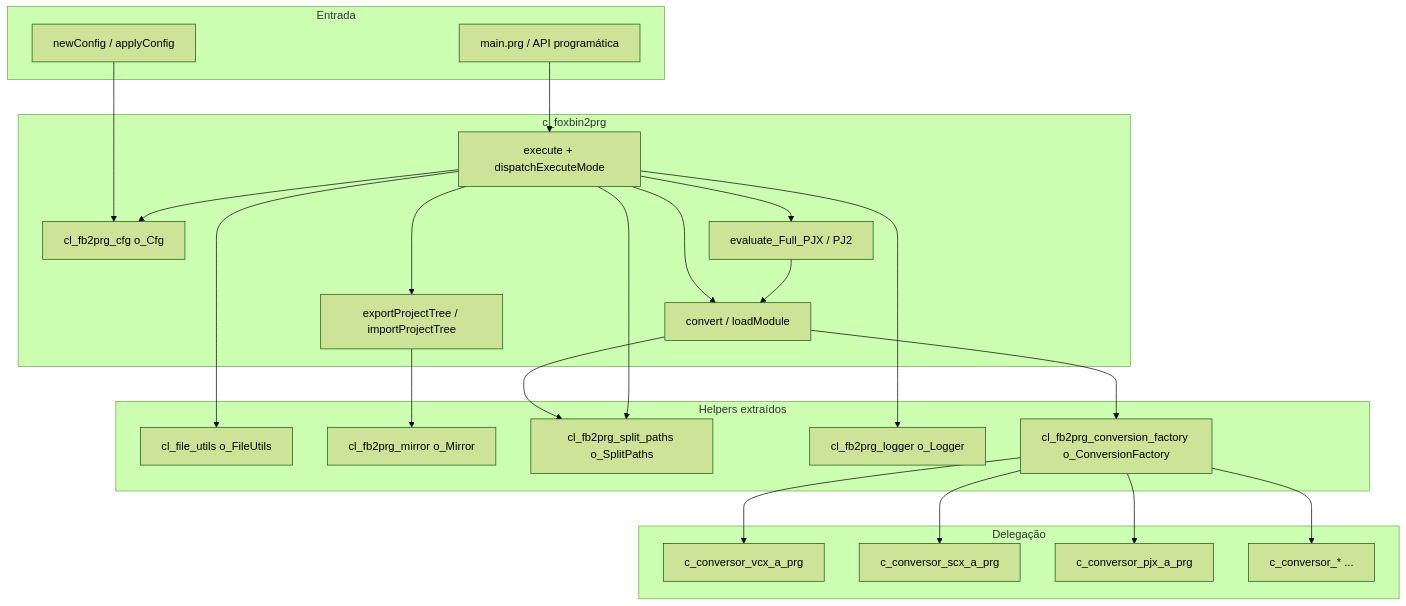
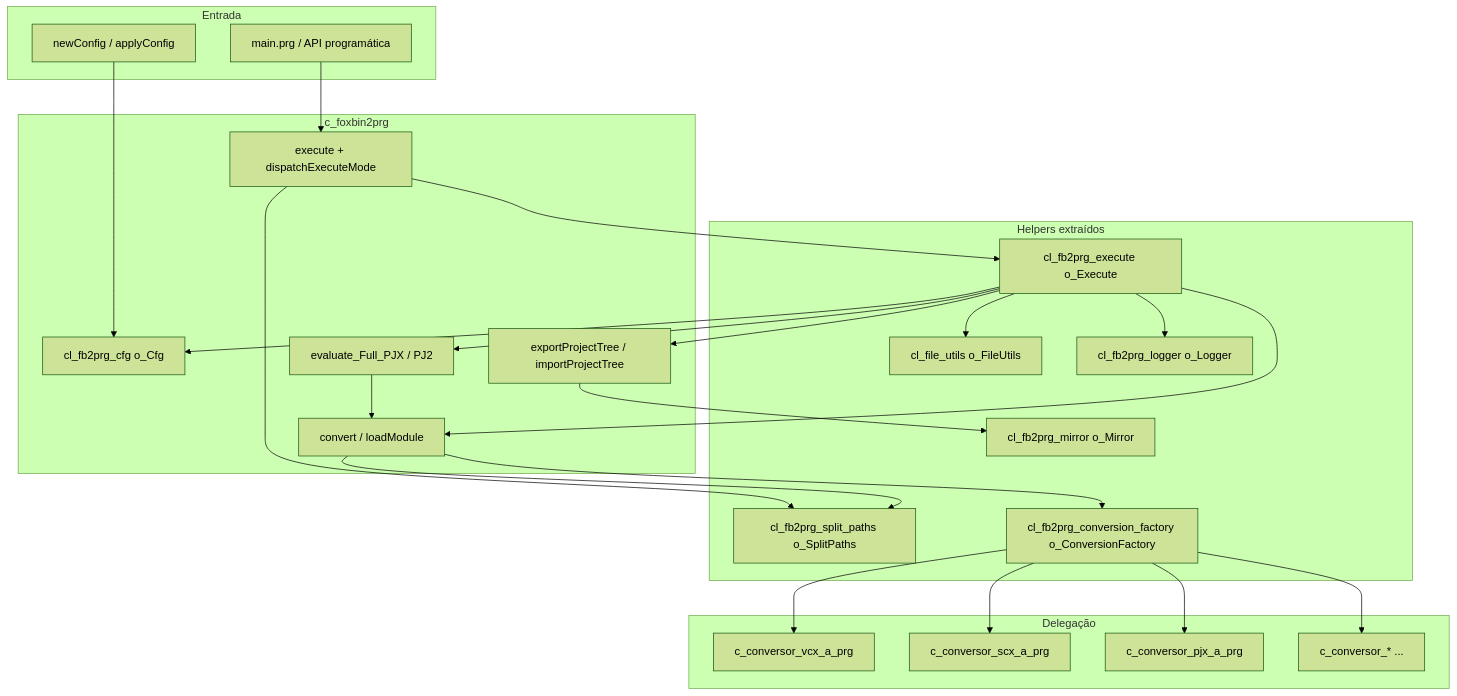
The first of 3 diagrams in docs/c_foxbin2prg_ClassAnalysis.md (lkmatsumura/foxbin2prg), drawn with Mermaid (forest theme) before and after one commit. The commit also changed other lines of this file and 5 other files, not shown here.

First line of the commit message:
feat: Introduce cl_fb2prg_execute for enhanced execution pipeline management

````diff
--- a/docs/c_foxbin2prg_ClassAnalysis.md
+++ b/docs/c_foxbin2prg_ClassAnalysis.md
@@ -13,45 +13,47 @@
 ```mermaid
 flowchart TB
     subgraph entrada [Entrada]
         CLI[main.prg / API programática]
         CFG[newConfig / applyConfig]
     end
 
     subgraph core [c_foxbin2prg]
         EXEC[execute + dispatchExecuteMode]
         CFGM[cl_fb2prg_cfg o_Cfg]
         CONV[convert / loadModule]
         PROJ[evaluate_Full_PJX / PJ2]
         MIRR[exportProjectTree / importProjectTree]
     end
 
     subgraph helpers [Helpers extraídos]
         FU[cl_file_utils o_FileUtils]
         MIR[cl_fb2prg_mirror o_Mirror]
         SPL[cl_fb2prg_split_paths o_SplitPaths]
+        EXE[cl_fb2prg_execute o_Execute]
         LOG[cl_fb2prg_logger o_Logger]
         FAC[cl_fb2prg_conversion_factory o_ConversionFactory]
     end
 
     subgraph delegacao [Delegação]
         CVX[c_conversor_vcx_a_prg]
         SCX[c_conversor_scx_a_prg]
         PJX[c_conversor_pjx_a_prg]
         OUT[c_conversor_* ...]
     end
 
     CLI --> EXEC
     CFG --> CFGM
-    EXEC --> CFGM
-    EXEC --> PROJ
-    EXEC --> CONV
-    EXEC --> MIRR
+    EXEC --> EXE
+    EXE --> CFGM
+    EXE --> PROJ
+    EXE --> CONV
+    EXE --> MIRR
     PROJ --> CONV
     MIRR --> MIR
     CONV --> SPL
     EXEC --> SPL
-    EXEC --> FU
+    EXE --> FU
     CONV --> FAC
     FAC --> CVX & SCX & PJX & OUT
-    EXEC --> LOG
+    EXE --> LOG
 ```
````
